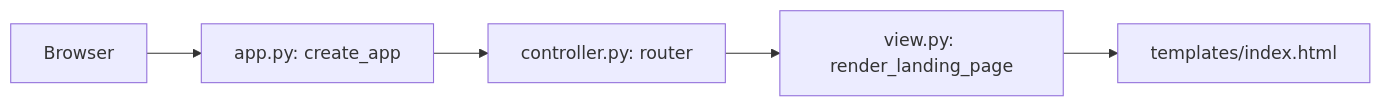
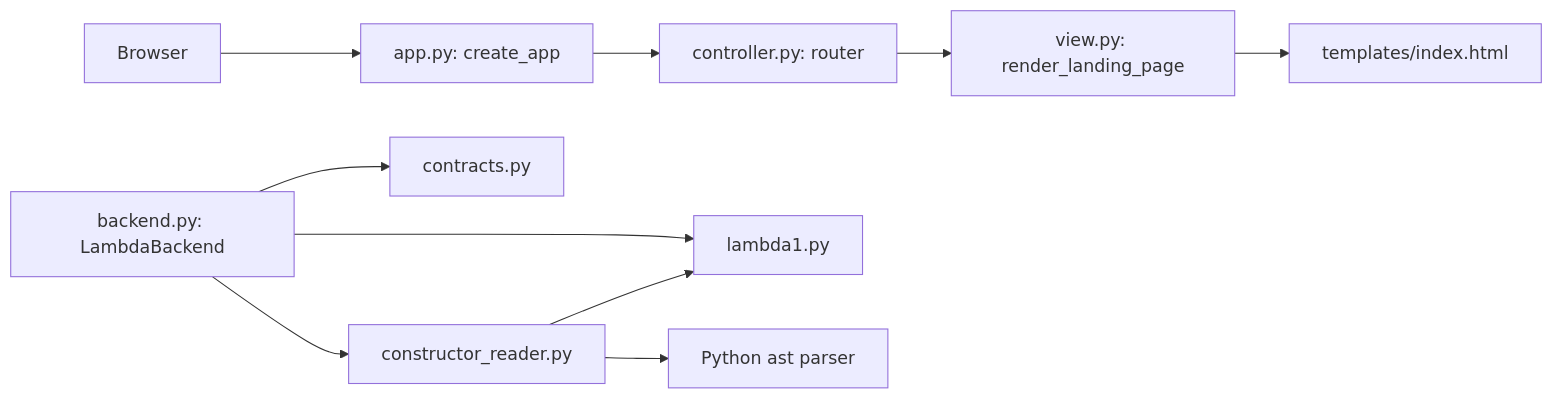
The diagram in assigns/04/MySolution/ARCHITECTURE.md (kojiken4/CS413-2026-Fall-kojiken), drawn with Mermaid before and after one commit. The commit also changed other lines of this file and 11 other files, not shown here.

Commit message:
feat(assign04): integrate LAMBDA lint and interpretation backend

````diff
--- a/assigns/04/MySolution/ARCHITECTURE.md
+++ b/assigns/04/MySolution/ARCHITECTURE.md
@@ -5,7 +5,12 @@
 ```mermaid
 flowchart LR
     Browser --> App[app.py: create_app]
     App --> Controller[controller.py: router]
     Controller --> View[view.py: render_landing_page]
     View --> HTML[templates/index.html]
+    Backend[backend.py: LambdaBackend] --> Contracts[contracts.py]
+    Backend --> Reader[constructor_reader.py]
+    Backend --> Language[lambda1.py]
+    Reader --> AST[Python ast parser]
+    Reader --> Language
 ```
````
